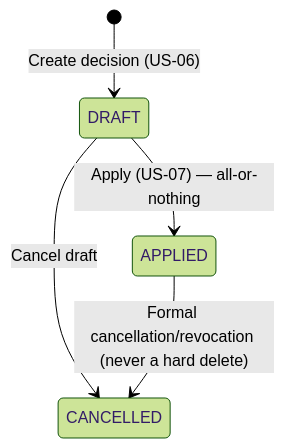
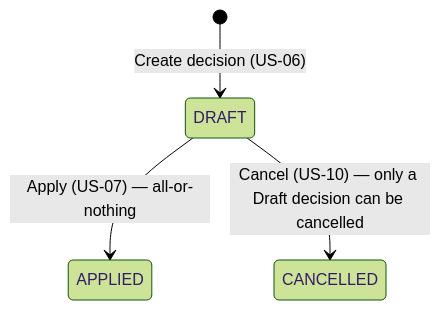
One commit to sang2197/QuanLyNhanSu-NguyenVanSang changed the third of 3 diagrams in Docs/DetailedDesign/StateDiagrams.md. Above: the diagram before and after it, drawn with Mermaid (forest theme). The commit also changed other lines of this file and 20 other files, not shown here.

````diff
--- a/Docs/DetailedDesign/StateDiagrams.md
+++ b/Docs/DetailedDesign/StateDiagrams.md
@@ -29,7 +32,6 @@
 ```mermaid
 stateDiagram-v2
     [*] --> DRAFT : Create decision (US-06)
     DRAFT --> APPLIED : Apply (US-07) — all-or-nothing
-    DRAFT --> CANCELLED : Cancel draft
-    APPLIED --> CANCELLED : Formal cancellation/revocation (never a hard delete)
+    DRAFT --> CANCELLED : Cancel (US-10) — only a Draft decision can be cancelled
 ```
````
